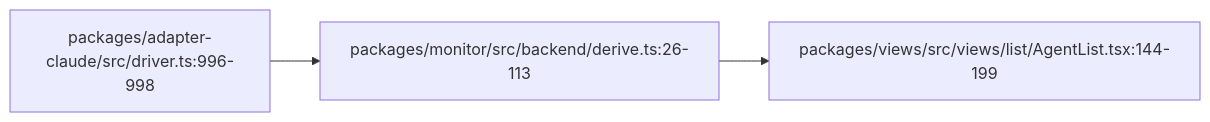
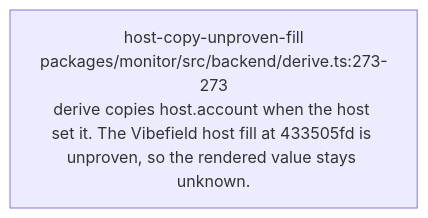
Before and after one commit to vibefield/puppeteer: the diagram in audit/godview/evidence/claude/account.mmd, drawn with Mermaid. The commit also changed 746 other files, not shown here.

First line of the commit message:
Apply adapter-specific UI reachability to first-half monitor traces.

```diff
--- a/audit/godview/evidence/claude/account.mmd
+++ b/audit/godview/evidence/claude/account.mmd
@@ -1,9 +1,5 @@
-%% graph_ref: path.host
-%% shared_map: 07e71c9bcb9532fc181e3f667f2d0ed2e7c9afaf
+%% field: field.account
+%% adapter: claude
 %% forensic: source-read 748d015a7e393112e0a91dad80111fdf5abe6583; not a live sample
-flowchart LR
-  n0["packages/adapter-claude/src/driver.ts:996-998"]
-  n1["packages/monitor/src/backend/derive.ts:26-113"]
-  n0 --> n1
-  n2["packages/views/src/views/list/AgentList.tsx:144-199"]
-  n1 --> n2
+flowchart TD
+  n0["host-copy-unproven-fill\npackages/monitor/src/backend/derive.ts:273-273\nderive copies host.account when the host set it. The Vibefield host fill at 433505fd is unproven, so the rendered value stays unknown."]
```
